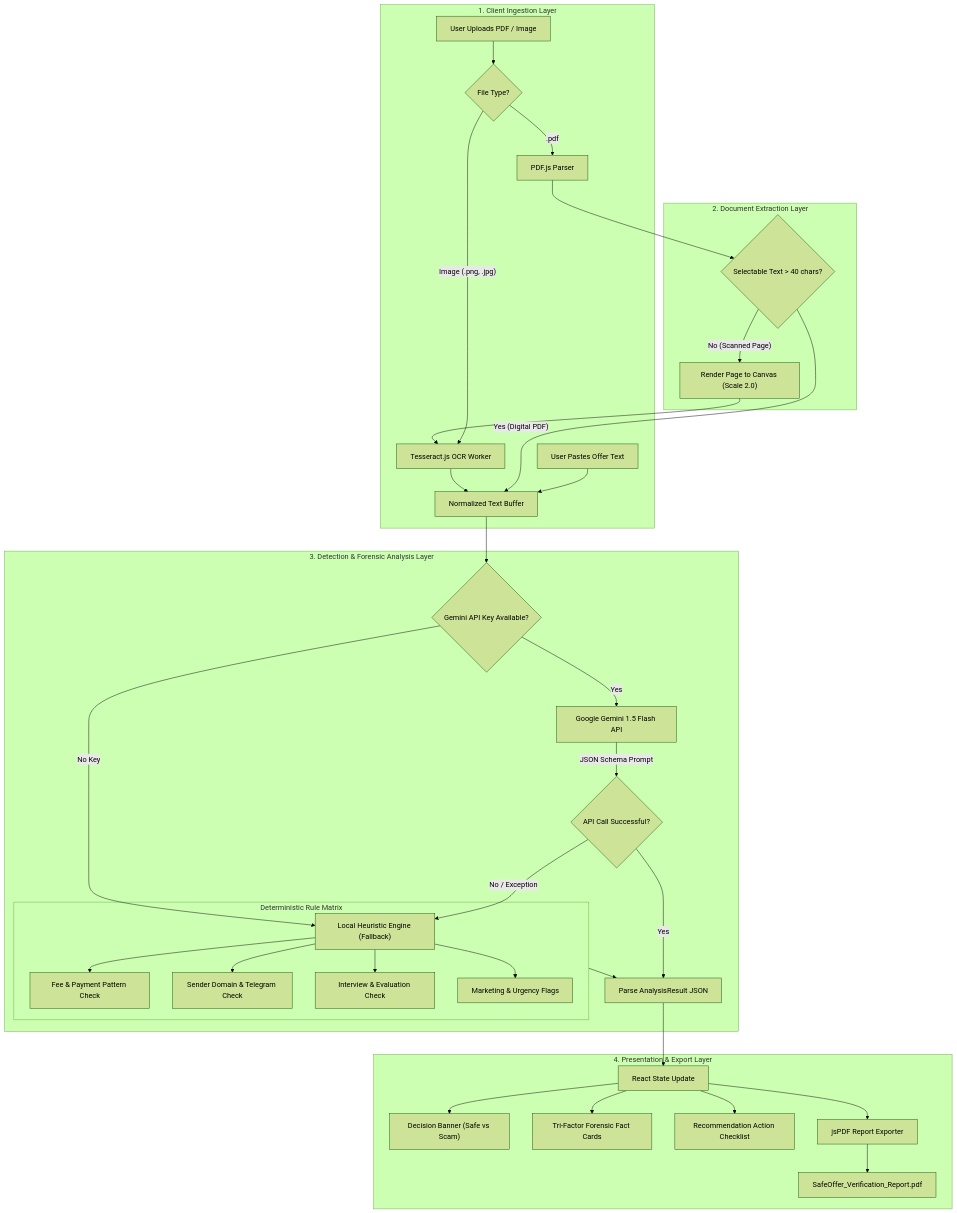
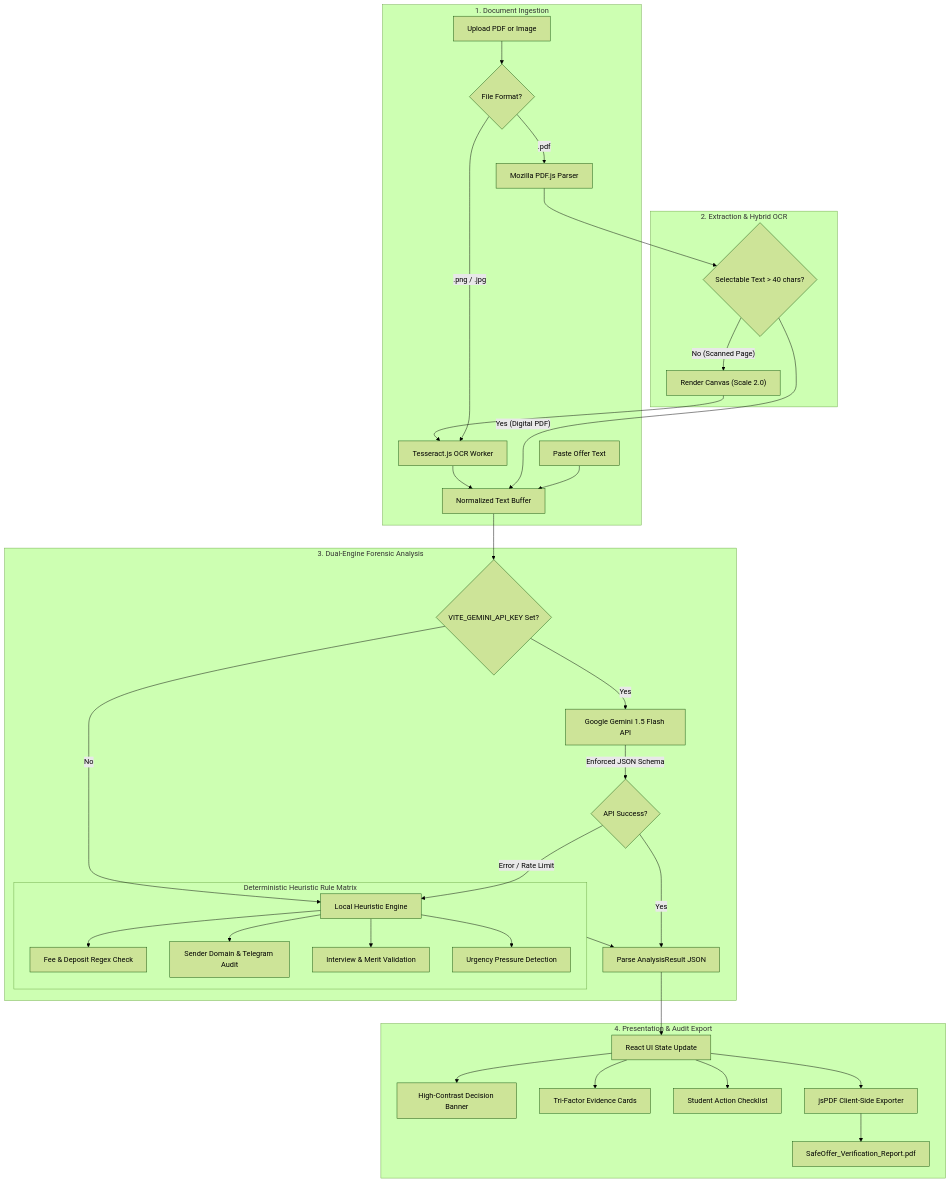
The diagram in README.md (samuelmichaelalva/tcshackathon-26), drawn with Mermaid (forest theme) before and after one commit. The commit also changed other lines of this file and 4 other files, not shown here.

Commit message:
docs: redesign README to Frostbite standard with live UI screenshots and refined architecture

````diff
--- a/README.md
+++ b/README.md
@@ -143,45 +125,45 @@
 ```mermaid
 flowchart TD
-    subgraph Client_Input["1. Client Ingestion Layer"]
-        A1["User Uploads PDF / Image"] --> B1{"File Type?"}
-        A2["User Pastes Offer Text"] --> E["Normalized Text Buffer"]
-        B1 -- ".pdf" --> C1["PDF.js Parser"]
-        B1 -- "Image (.png, .jpg)" --> C2["Tesseract.js OCR Worker"]
+    subgraph Ingestion["1. Document Ingestion"]
+        A1["Upload PDF or Image"] --> B1{"File Format?"}
+        A2["Paste Offer Text"] --> E["Normalized Text Buffer"]
+        B1 -- ".pdf" --> C1["Mozilla PDF.js Parser"]
+        B1 -- ".png / .jpg" --> C2["Tesseract.js OCR Worker"]
     end
 
-    subgraph Document_Extraction["2. Document Extraction Layer"]
+    subgraph Extraction["2. Extraction & Hybrid OCR"]
         C1 --> D1{"Selectable Text > 40 chars?"}
         D1 -- "Yes (Digital PDF)" --> E
-        D1 -- "No (Scanned Page)" --> D2["Render Page to Canvas (Scale 2.0)"]
+        D1 -- "No (Scanned Page)" --> D2["Render Canvas (Scale 2.0)"]
         D2 --> C2
         C2 --> E
     end
 
-    subgraph Forensic_Engine["3. Detection & Forensic Analysis Layer"]
-        E --> F{"Gemini API Key Available?"}
+    subgraph Detection["3. Dual-Engine Forensic Analysis"]
+        E --> F{"VITE_GEMINI_API_KEY Set?"}
         
         F -- "Yes" --> G1["Google Gemini 1.5 Flash API"]
-        G1 -- "JSON Schema Prompt" --> H1{"API Call Successful?"}
+        G1 -- "Enforced JSON Schema" --> H1{"API Success?"}
         H1 -- "Yes" --> I["Parse AnalysisResult JSON"]
-        H1 -- "No / Exception" --> G2["Local Heuristic Engine (Fallback)"]
+        H1 -- "Error / Rate Limit" --> G2["Local Heuristic Engine"]
         
-        F -- "No Key" --> G2
+        F -- "No" --> G2
         
-        subgraph Local_Heuristic_Rules["Deterministic Rule Matrix"]
-            G2 --> R1["Fee & Payment Pattern Check"]
-            G2 --> R2["Sender Domain & Telegram Check"]
-            G2 --> R3["Interview & Evaluation Check"]
-            G2 --> R4["Marketing & Urgency Flags"]
+        subgraph Rules["Deterministic Heuristic Rule Matrix"]
+            G2 --> R1["Fee & Deposit Regex Check"]
+            G2 --> R2["Sender Domain & Telegram Audit"]
+            G2 --> R3["Interview & Merit Validation"]
+            G2 --> R4["Urgency Pressure Detection"]
         end
-        Local_Heuristic_Rules --> I
+        Rules --> I
     end
 
-    subgraph Output_Presentation["4. Presentation & Export Layer"]
-        I --> J["React State Update"]
-        J --> K1["Decision Banner (Safe vs Scam)"]
-        J --> K2["Tri-Factor Forensic Fact Cards"]
-        J --> K3["Recommendation Action Checklist"]
-        J --> K4["jsPDF Report Exporter"]
+    subgraph Presentation["4. Presentation & Audit Export"]
+        I --> J["React UI State Update"]
+        J --> K1["High-Contrast Decision Banner"]
+        J --> K2["Tri-Factor Evidence Cards"]
+        J --> K3["Student Action Checklist"]
+        J --> K4["jsPDF Client-Side Exporter"]
         K4 --> L["SafeOffer_Verification_Report.pdf"]
     end
 ```
````
